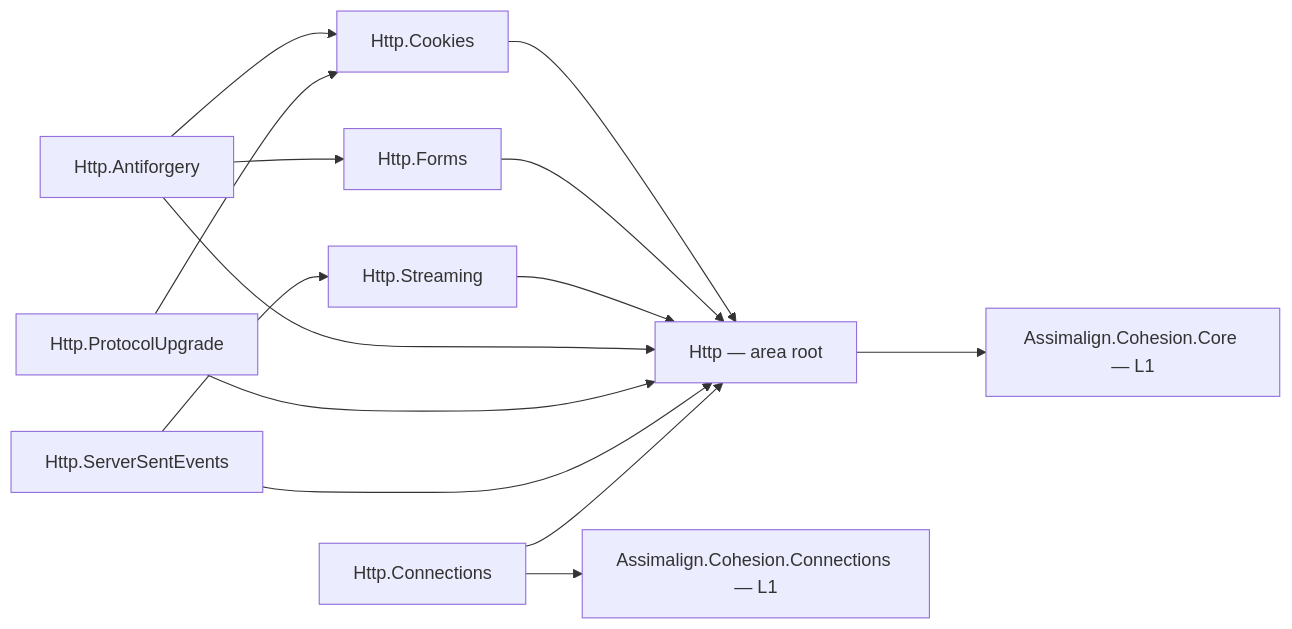
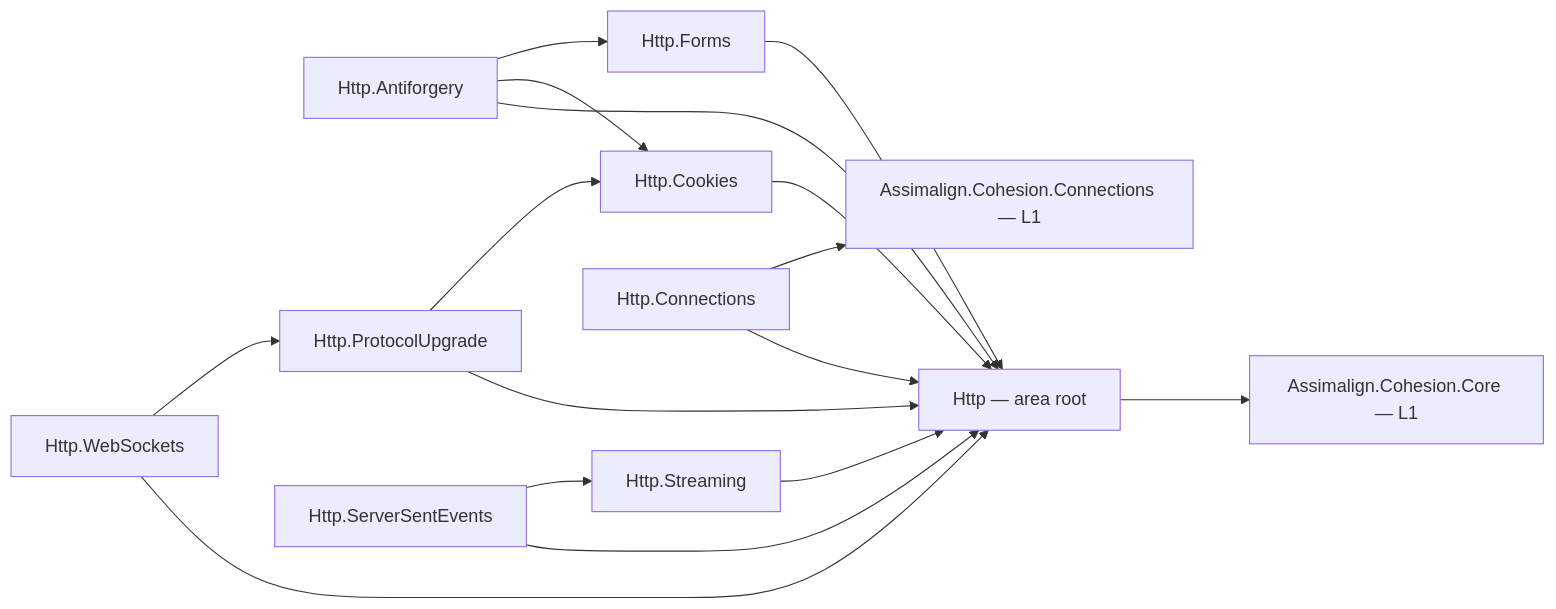
One commit to assimalign/cohesion changed the diagram in libraries/Http/README.md. Above: the diagram before and after it, drawn with Mermaid. The commit also changed 90 other files, not shown here.

First line of the commit message:
feat(web): add server WebSockets over HTTP/1.1 [L01.01.11.35]

````diff
--- a/libraries/Http/README.md
+++ b/libraries/Http/README.md
@@ -14,26 +14,29 @@
 ```mermaid
 flowchart LR
     Root["Http — area root"]
     Core["Assimalign.Cohesion.Core — L1"]
     Conn["Assimalign.Cohesion.Connections — L1"]
     Cookies["Http.Cookies"]
     Forms["Http.Forms"]
     Antiforgery["Http.Antiforgery"]
     Upgrade["Http.ProtocolUpgrade"]
+    WebSockets["Http.WebSockets"]
     Streaming["Http.Streaming"]
     Sse["Http.ServerSentEvents"]
     HttpConn["Http.Connections"]
     Root --> Core
     Cookies --> Root
     Forms --> Root
     Streaming --> Root
     Antiforgery --> Root
     Antiforgery --> Cookies
     Antiforgery --> Forms
     Upgrade --> Root
     Upgrade --> Cookies
+    WebSockets --> Root
+    WebSockets --> Upgrade
     Sse --> Root
     Sse --> Streaming
     HttpConn --> Root
     HttpConn --> Conn
 ```
````
